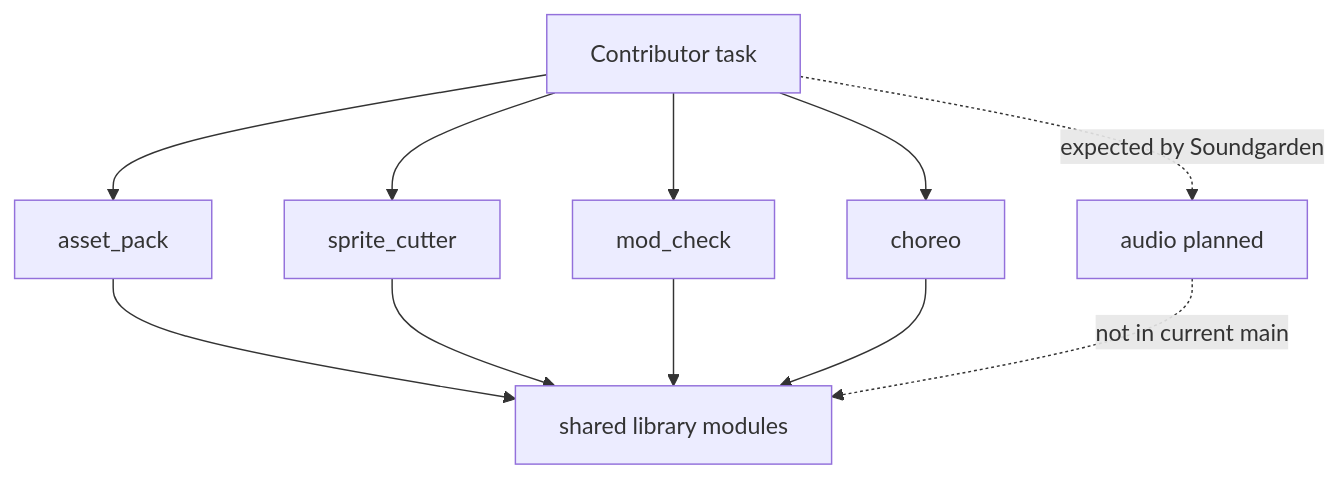
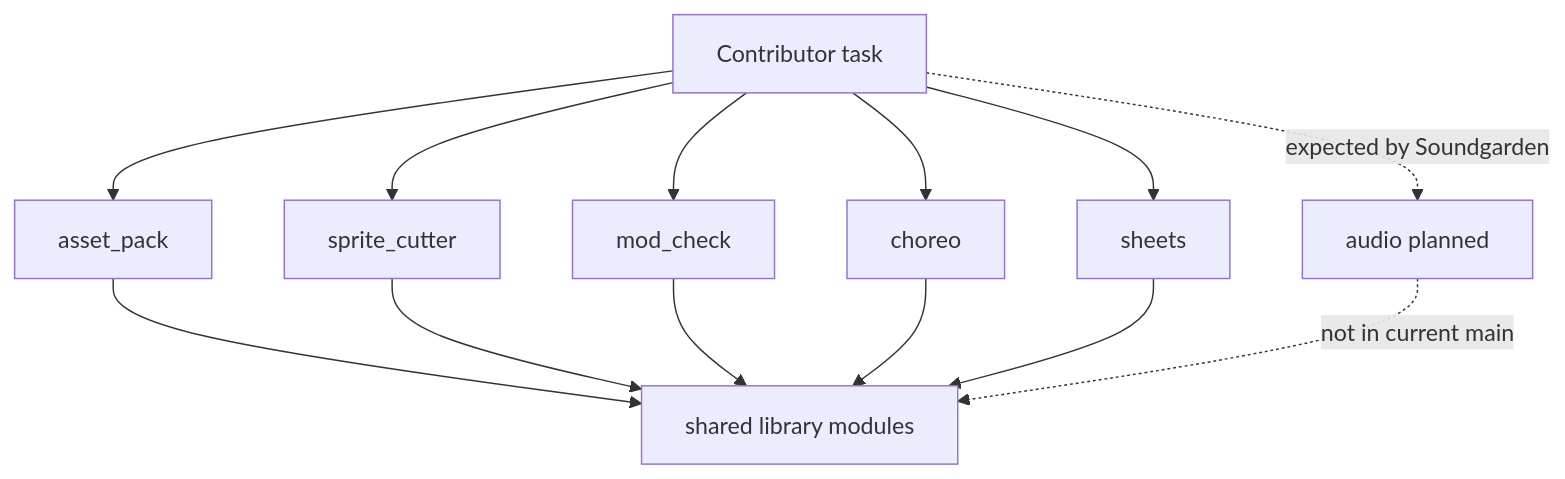
One commit to soulwax/EchoWiki changed the first of 8 diagrams in src/content/docs/pages/cli-tools.md. Above: the diagram before and after it, drawn with Mermaid. The commit also changed other lines of this file and 15 other files, not shown here.

````diff
--- a/src/content/docs/pages/cli-tools.md
+++ b/src/content/docs/pages/cli-tools.md
@@ -7,16 +7,18 @@
 ```mermaid
 flowchart TB
     contributor[Contributor task]
     assetpack[asset_pack]
     cutter[sprite_cutter]
     modcheck[mod_check]
     choreo[choreo]
+    sheets[sheets]
     audio[audio planned]
     shared[shared library modules]
 
     contributor --> assetpack --> shared
     contributor --> cutter --> shared
     contributor --> modcheck --> shared
     contributor --> choreo --> shared
+    contributor --> sheets --> shared
     contributor -. expected by Soundgarden .-> audio -. not in current main .-> shared
 ```
````
